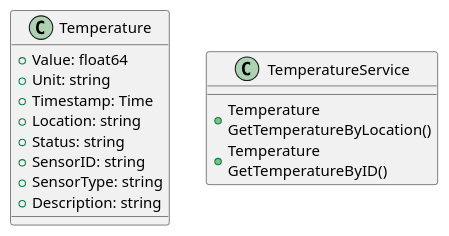
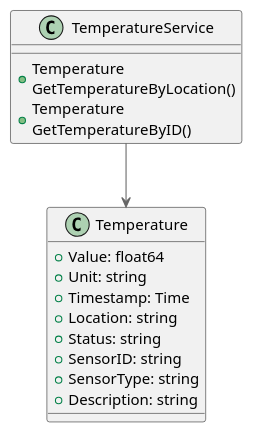
The diagram in diagrams/classes/temperature_classes.puml (bugurshik/warmhouse_practicum), drawn with PlantUML before and after one commit. The commit also changed 4 other files, not shown here.

```diff
--- a/diagrams/classes/temperature_classes.puml
+++ b/diagrams/classes/temperature_classes.puml
@@ -1,20 +1,22 @@
 @startuml Temperature API - class diagram
 !include https://raw.githubusercontent.com/plantuml-stdlib/C4-PlantUML/master/C4.puml
 
 class Temperature {
 	+Value: float64
 	+Unit: string
 	+Timestamp: Time
 	+Location: string
 	+Status: string
 	+SensorID: string
 	+SensorType: string
 	+Description: string
 }
 
 class TemperatureService {
 	+Temperature GetTemperatureByLocation()  
 	+Temperature GetTemperatureByID()  
 }
 
+TemperatureService --> Temperature
+
 @enduml
```
